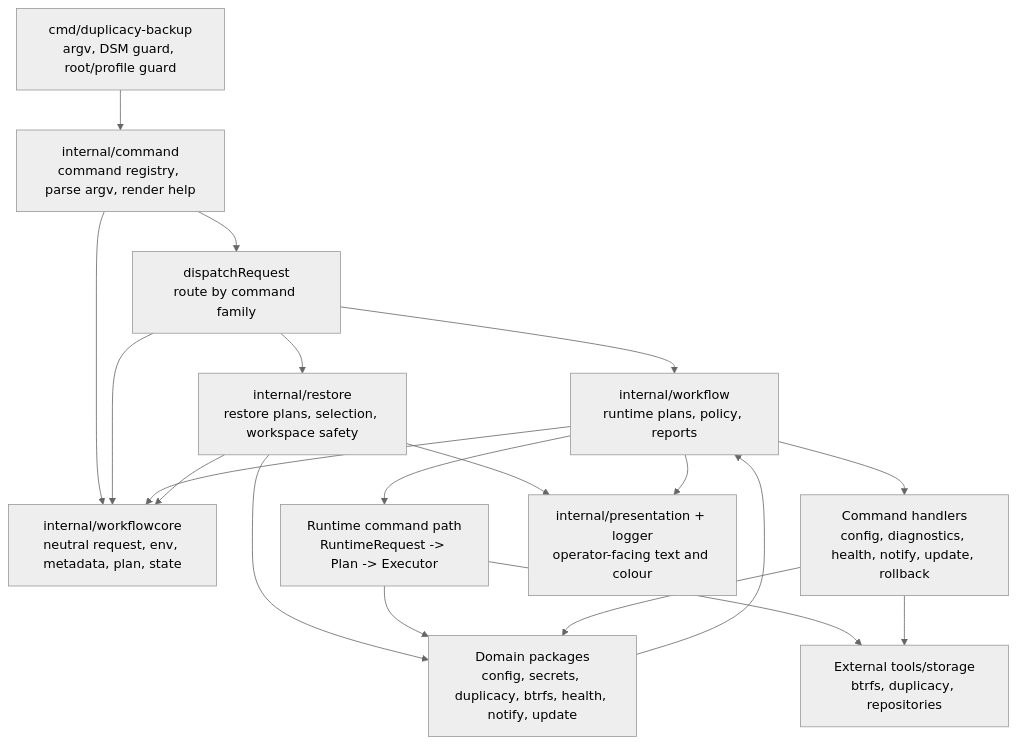
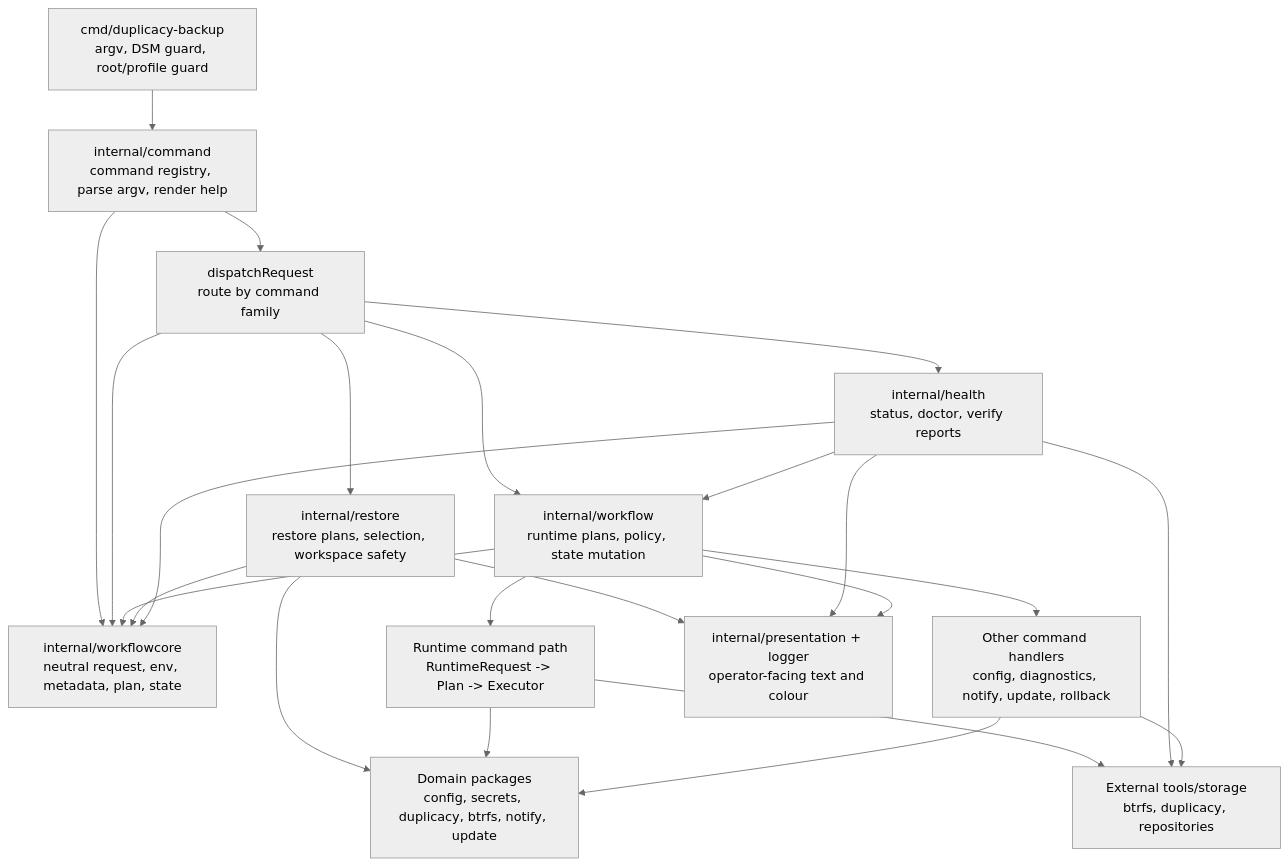
The diagram in docs/architecture.md (phillipmcmahon/synology-duplicacy-backup), drawn with Mermaid (neutral theme) before and after one commit. The commit also changed other lines of this file and 20 other files, not shown here.

Commit message:
Finish architecture polish follow-ups

````diff
--- a/docs/architecture.md
+++ b/docs/architecture.md
@@ -22,33 +22,38 @@
 ```mermaid
 flowchart TD
     CLI["cmd/duplicacy-backup<br/>argv, DSM guard, root/profile guard"]
     Command["internal/command<br/>command registry, parse argv, render help"]
     Dispatch["dispatchRequest<br/>route by command family"]
     Core["internal/workflowcore<br/>neutral request, env, metadata, plan, state"]
-    Workflow["internal/workflow<br/>runtime plans, policy, reports"]
+    Workflow["internal/workflow<br/>runtime plans, policy, state mutation"]
     Restore["internal/restore<br/>restore plans, selection, workspace safety"]
+    Health["internal/health<br/>status, doctor, verify reports"]
     RuntimeFlow["Runtime command path<br/>RuntimeRequest -> Plan -> Executor"]
-    CommandHandlers["Command handlers<br/>config, diagnostics, health, notify, update, rollback"]
-    Domains["Domain packages<br/>config, secrets, duplicacy, btrfs, health, notify, update"]
+    CommandHandlers["Other command handlers<br/>config, diagnostics, notify, update, rollback"]
+    Domains["Domain packages<br/>config, secrets, duplicacy, btrfs, notify, update"]
     Presentation["internal/presentation + logger<br/>operator-facing text and colour"]
     External["External tools/storage<br/>btrfs, duplicacy, repositories"]
 
     CLI --> Command
     Command --> Core
     Command --> Dispatch
     Dispatch --> Core
     Dispatch --> Workflow
     Dispatch --> Restore
+    Dispatch --> Health
     Workflow --> Core
     Restore --> Core
+    Health --> Core
+    Health --> Workflow
     Workflow --> RuntimeFlow
     Workflow --> CommandHandlers
     Restore --> Domains
     Restore --> Presentation
+    Health --> Presentation
     RuntimeFlow --> Domains
     CommandHandlers --> Domains
     RuntimeFlow --> External
+    Health --> External
     CommandHandlers --> External
     Workflow --> Presentation
-    Domains --> Workflow
 ```
````
